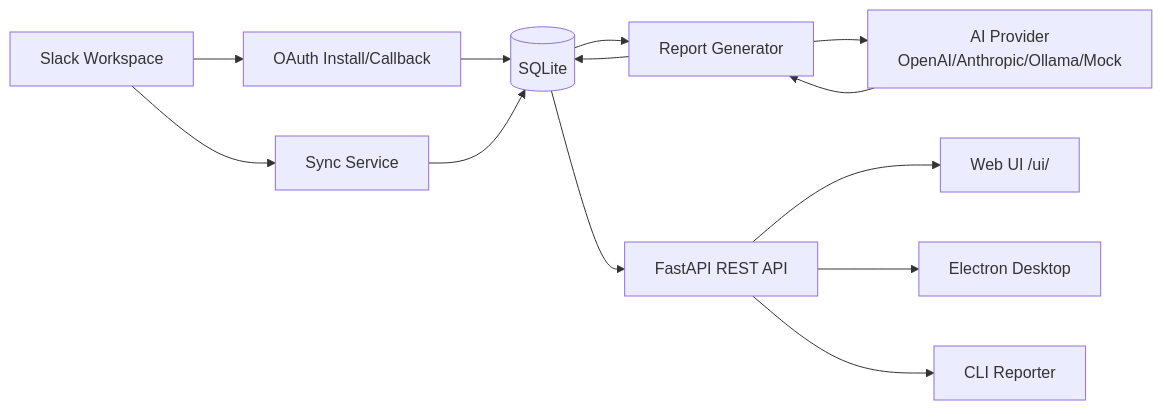
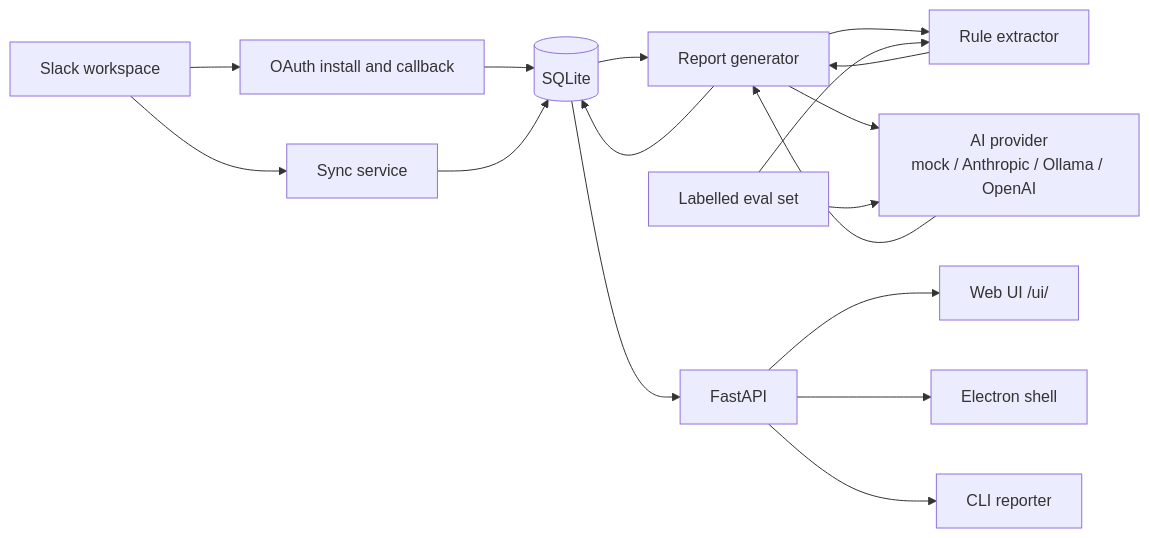
Before and after one commit to Vishwa-manikandan/auto-reporter-slack-teams: the diagram in README.md, drawn with Mermaid. The commit also changed other lines of this file and 1 other file, not shown here.

````diff
--- a/README.md
+++ b/README.md
@@ -167,15 +198,19 @@
 ```mermaid
 flowchart LR
-    Slack[Slack Workspace] --> OAuth[OAuth Install/Callback]
+    Slack[Slack workspace] --> OAuth[OAuth install and callback]
     OAuth --> DB[(SQLite)]
-    Slack --> Sync[Sync Service]
+    Slack --> Sync[Sync service]
     Sync --> DB
-    DB --> ReportGen[Report Generator]
-    ReportGen --> AI[AI Provider<br/>OpenAI/Anthropic/Ollama/Mock]
+    DB --> ReportGen[Report generator]
+    ReportGen --> Rules[Rule extractor]
+    ReportGen --> AI[AI provider<br/>mock / Anthropic / Ollama / OpenAI]
+    Rules --> ReportGen
     AI --> ReportGen
     ReportGen --> DB
-    DB --> API[FastAPI REST API]
-    API --> WebUI[Web UI /ui/]
-    API --> Desktop[Electron Desktop]
-    API --> CLI[CLI Reporter]
+    DB --> API[FastAPI]
+    API --> UI[Web UI /ui/]
+    API --> Desktop[Electron shell]
+    API --> CLI[CLI reporter]
+    Eval[Labelled eval set] --> Rules
+    Eval --> AI
 ```
````
